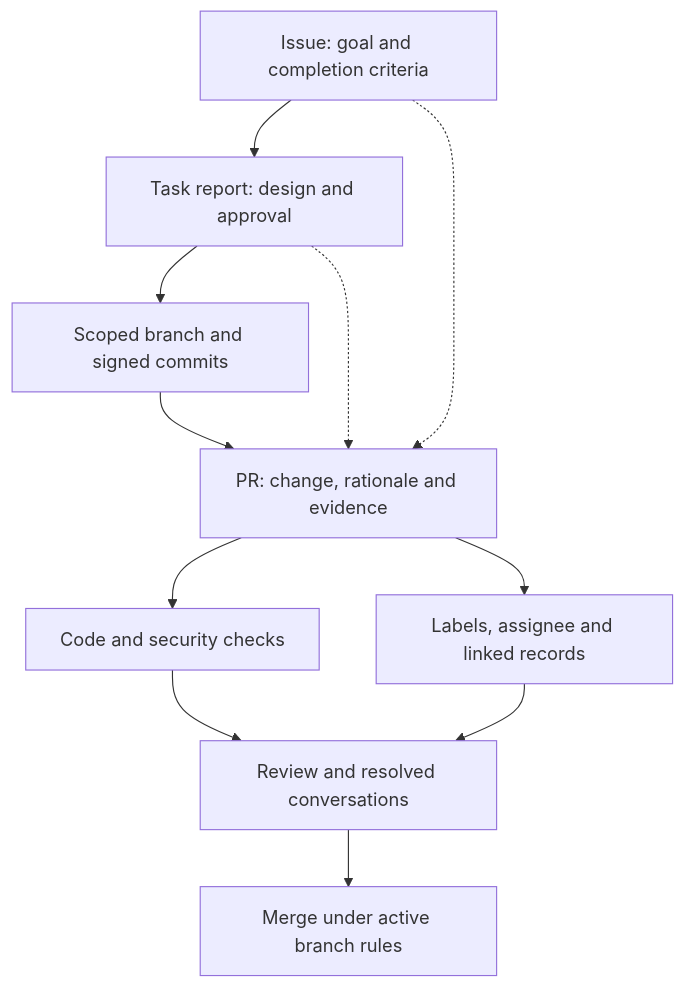
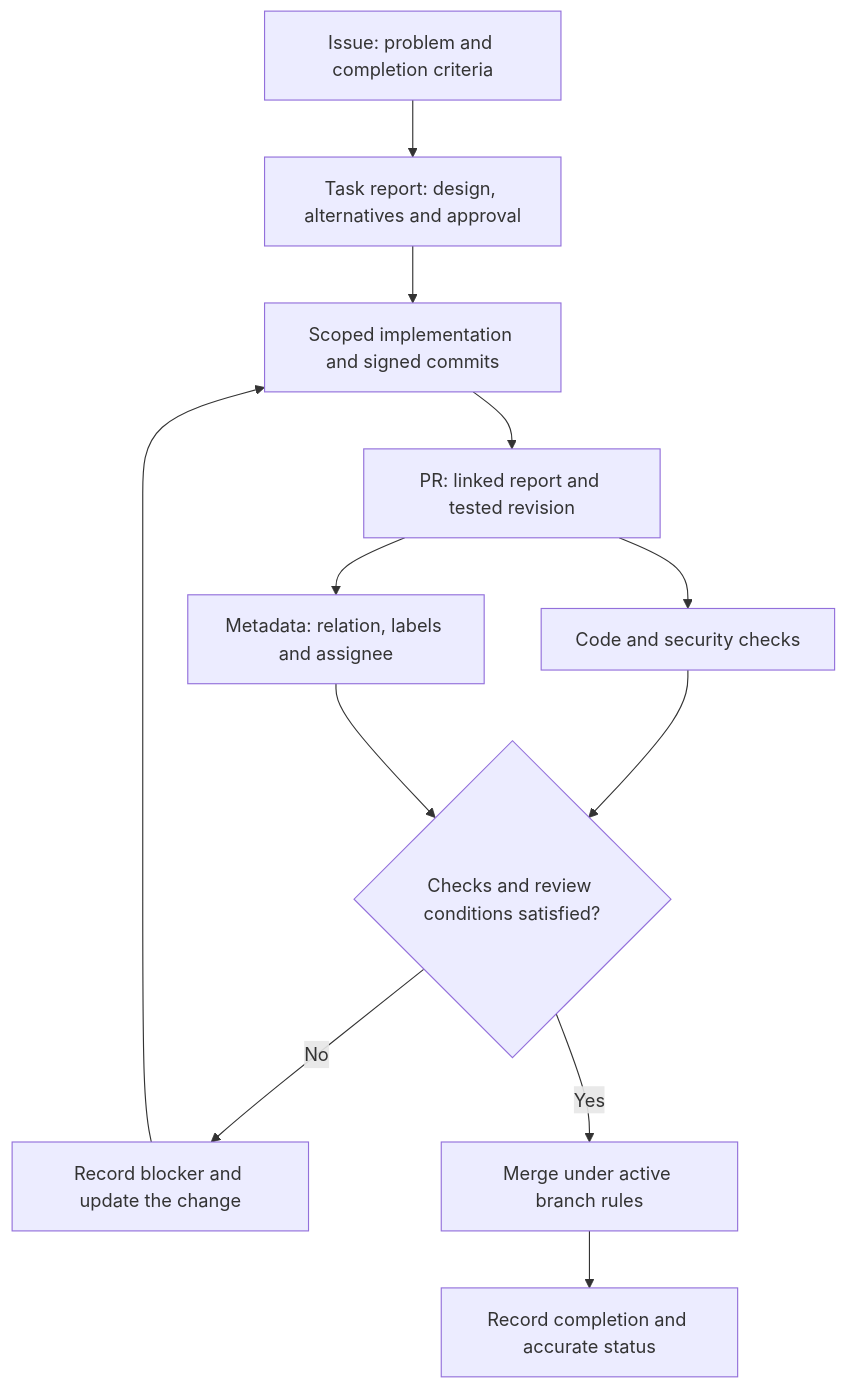
Before and after one commit to Soku-JINSEOK/Soku-Convention-Boilerplate: the diagram in docs/standards/GITHUB_STANDARDS.md, drawn with Mermaid. The commit also changed other lines of this file and 118 other files, not shown here.

First line of the commit message:
📚 docs(readability): explain every document and expand flow diagrams

````diff
--- a/docs/standards/GITHUB_STANDARDS.md
+++ b/docs/standards/GITHUB_STANDARDS.md
@@ -7,13 +11,14 @@
 ```mermaid
 flowchart TD
-  issue["Issue: goal and completion criteria"] --> report["Task report: design and approval"]
-  report --> branch["Scoped branch and signed commits"]
-  branch --> pr["PR: change, rationale and evidence"]
-  issue -.-> pr
-  report -.-> pr
-  pr --> codeChecks["Code and security checks"]
-  pr --> metadata["Labels, assignee and linked records"]
-  codeChecks --> review["Review and resolved conversations"]
-  metadata --> review
-  review --> mergeNode["Merge under active branch rules"]
+  issue["Issue: problem and completion criteria"] --> report["Task report: design, alternatives and approval"]
+  report --> branch["Scoped implementation and signed commits"]
+  branch --> pr["PR: linked report and tested revision"]
+  pr --> code["Code and security checks"]
+  pr --> meta["Metadata: relation, labels and assignee"]
+  code --> ready{"Checks and review conditions satisfied?"}
+  meta --> ready
+  ready -->|"No"| fix["Record blocker and update the change"]
+  fix --> branch
+  ready -->|"Yes"| mergeNode["Merge under active branch rules"]
+  mergeNode --> closeNode["Record completion and accurate status"]
 ```
````
